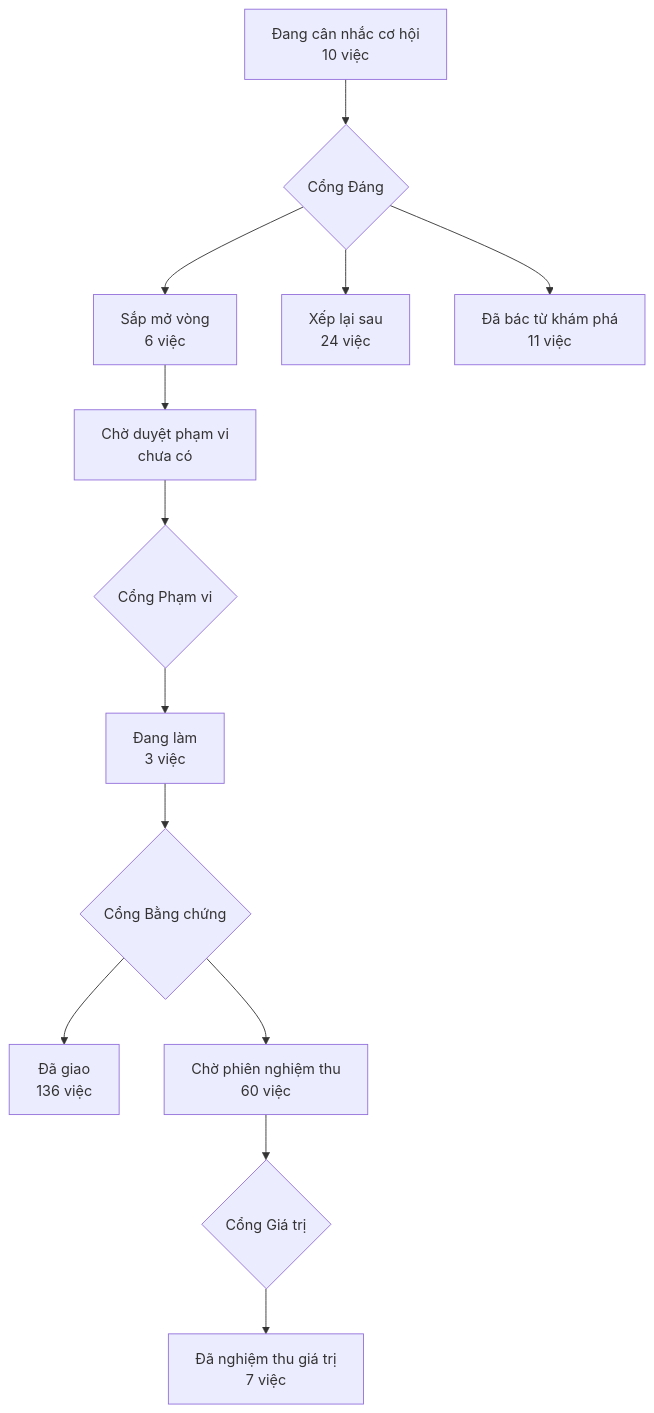
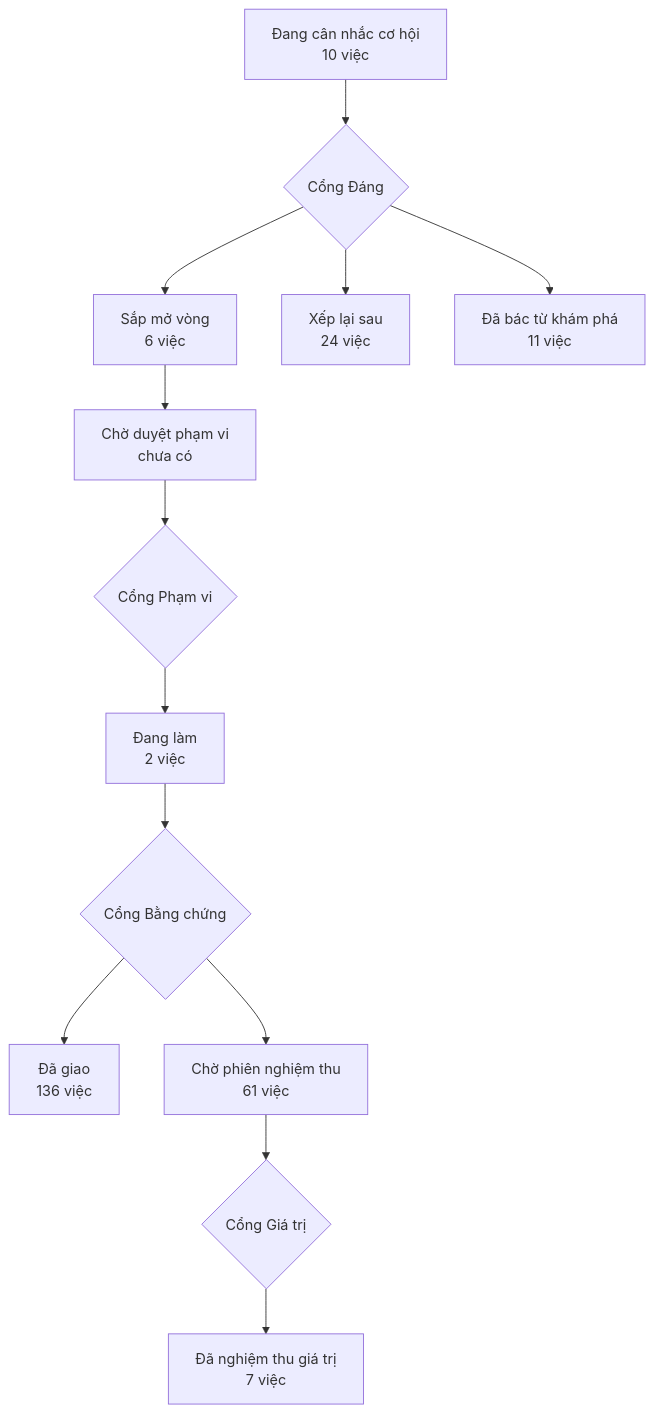
One commit to phanlemanh/acceptance-gate-kit changed the diagram in PRODUCT-MAP.md. Above: the diagram before and after it, drawn with Mermaid. The commit also changed 6 other files, not shown here.

````diff
--- a/PRODUCT-MAP.md
+++ b/PRODUCT-MAP.md
@@ -7,12 +7,12 @@
 ```mermaid
 flowchart TD
   A["Đang cân nhắc cơ hội<br/>10 việc"] --> GD{"Cổng Đáng"}
   GD --> B["Sắp mở vòng<br/>6 việc"]
   GD --> XL["Xếp lại sau<br/>24 việc"]
   GD --> DB["Đã bác từ khám phá<br/>11 việc"]
   B --> CD["Chờ duyệt phạm vi<br/>chưa có"] --> GP{"Cổng Phạm vi"}
-  GP --> DL["Đang làm<br/>3 việc"] --> GB{"Cổng Bằng chứng"}
+  GP --> DL["Đang làm<br/>2 việc"] --> GB{"Cổng Bằng chứng"}
   GB --> DG["Đã giao<br/>136 việc"]
-  GB --> CN["Chờ phiên nghiệm thu<br/>60 việc"] --> GG{"Cổng Giá trị"}
+  GB --> CN["Chờ phiên nghiệm thu<br/>61 việc"] --> GG{"Cổng Giá trị"}
   GG --> NT["Đã nghiệm thu giá trị<br/>7 việc"]
 ```
````
